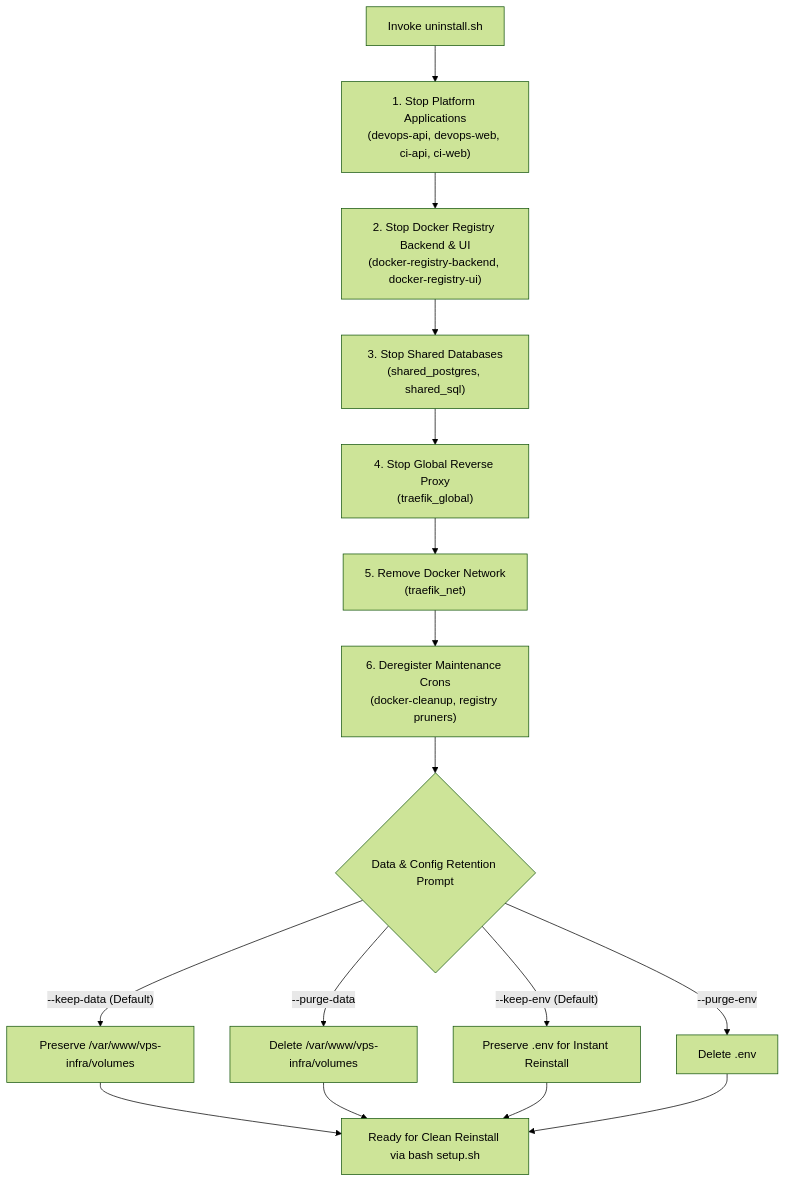
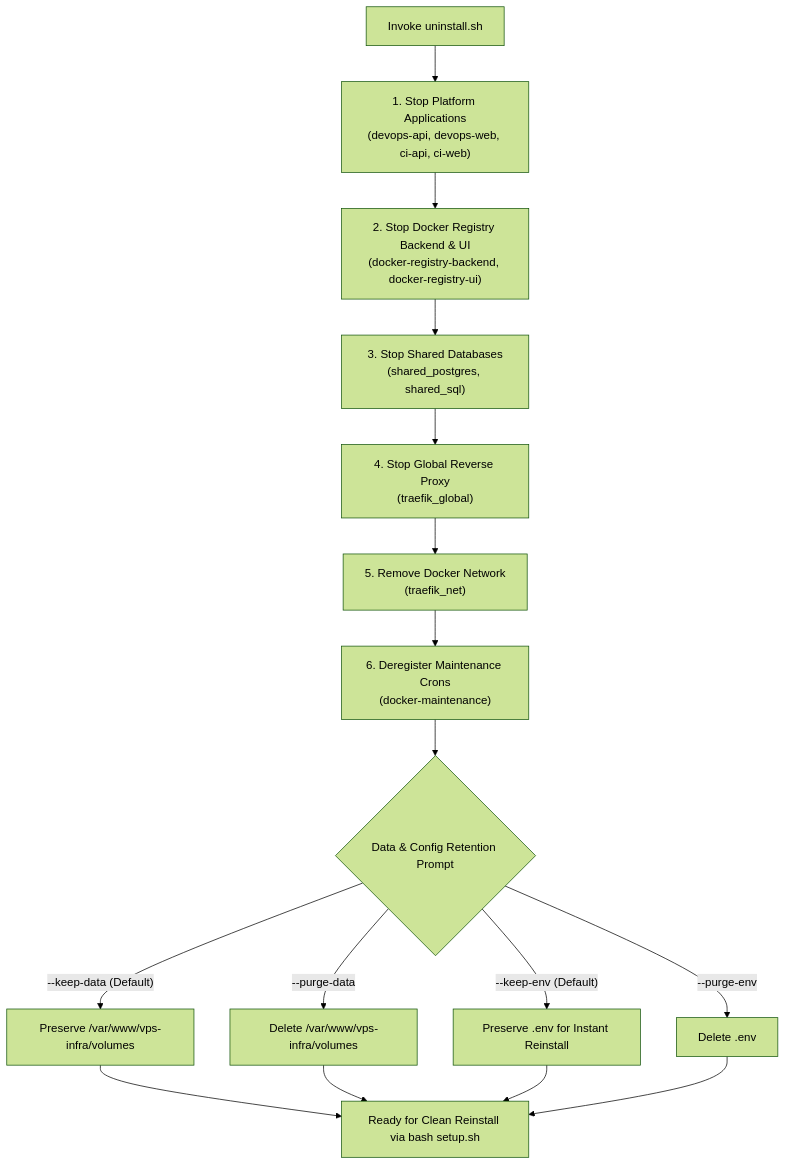
One commit to tmk-computers/vps-infra changed the first of 2 diagrams in docs/03-OPERATIONS-AND-DEVOPS/CLIENT_UNINSTALL_PRIVATE_NETWORK_AND_UPGRADE_GUIDE.md. Above: the diagram before and after it, drawn with Mermaid (forest theme). The commit also changed 16 other files, not shown here.

````diff
--- a/docs/03-OPERATIONS-AND-DEVOPS/CLIENT_UNINSTALL_PRIVATE_NETWORK_AND_UPGRADE_GUIDE.md
+++ b/docs/03-OPERATIONS-AND-DEVOPS/CLIENT_UNINSTALL_PRIVATE_NETWORK_AND_UPGRADE_GUIDE.md
@@ -16,15 +16,15 @@
 ```mermaid
 flowchart TD
     A["Invoke uninstall.sh"] --> B["1. Stop Platform Applications\n(devops-api, devops-web, ci-api, ci-web)"]
     B --> C["2. Stop Docker Registry Backend & UI\n(docker-registry-backend, docker-registry-ui)"]
     C --> D["3. Stop Shared Databases\n(shared_postgres, shared_sql)"]
     D --> E["4. Stop Global Reverse Proxy\n(traefik_global)"]
     E --> F["5. Remove Docker Network\n(traefik_net)"]
-    F --> G["6. Deregister Maintenance Crons\n(docker-cleanup, registry pruners)"]
+    F --> G["6. Deregister Maintenance Crons\n(docker-maintenance)"]
     G --> H{"Data & Config Retention Prompt"}
     H -->|"--keep-data (Default)"| I["Preserve /var/www/vps-infra/volumes"]
     H -->|"--purge-data"| J["Delete /var/www/vps-infra/volumes"]
     H -->|"--keep-env (Default)"| K["Preserve .env for Instant Reinstall"]
     H -->|"--purge-env"| L["Delete .env"]
     I & J & K & L --> M["Ready for Clean Reinstall via bash setup.sh"]
 ```
````
